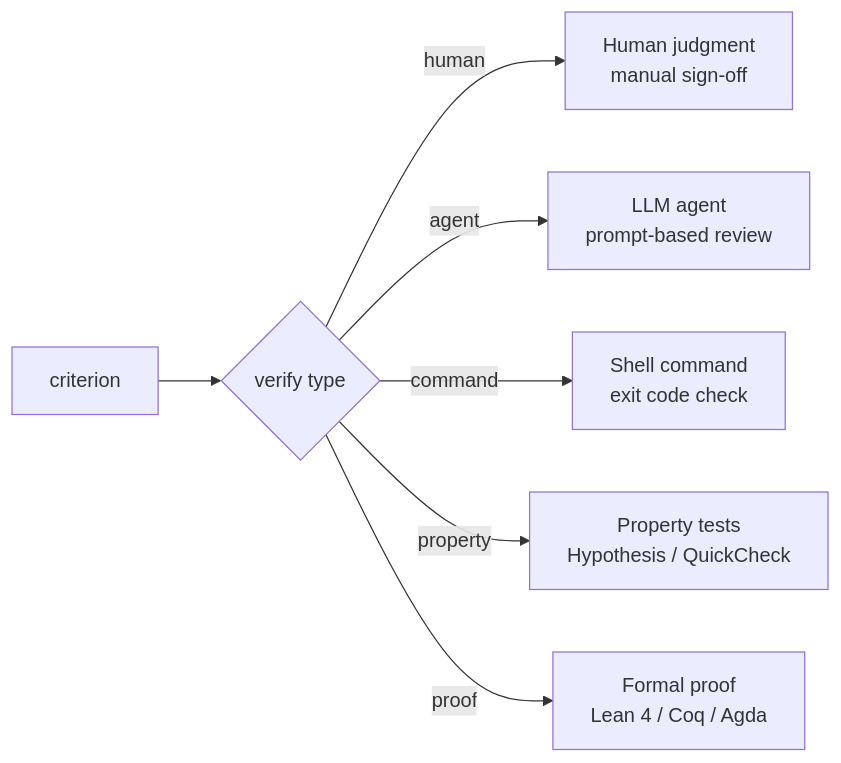
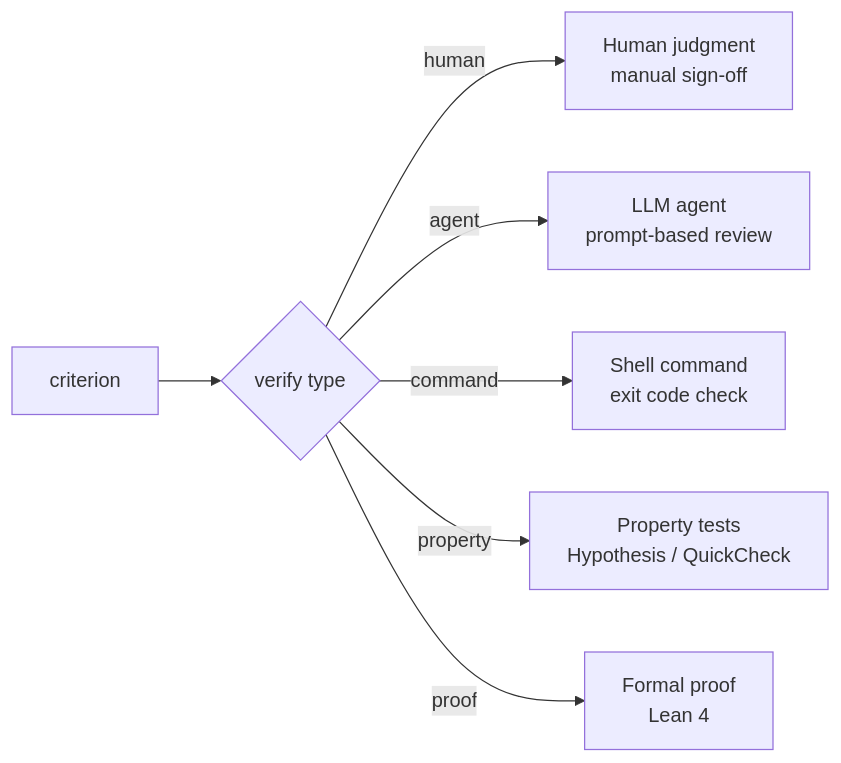
The second of 2 diagrams in docs/architecture.md (tskovlund/qed), drawn with Mermaid before and after one commit. The commit also changed 6 other files, not shown here.

````diff
--- a/docs/architecture.md
+++ b/docs/architecture.md
@@ -97,9 +97,9 @@
 ```mermaid
 flowchart LR
     criterion --> verify{verify type}
     verify -->|human| human[Human judgment\nmanual sign-off]
     verify -->|agent| agent[LLM agent\nprompt-based review]
     verify -->|command| shell[Shell command\nexit code check]
     verify -->|property| prop[Property tests\nHypothesis / QuickCheck]
-    verify -->|proof| prover[Formal proof\nLean 4 / Coq / Agda]
+    verify -->|proof| prover[Formal proof\nLean 4]
 ```
````
